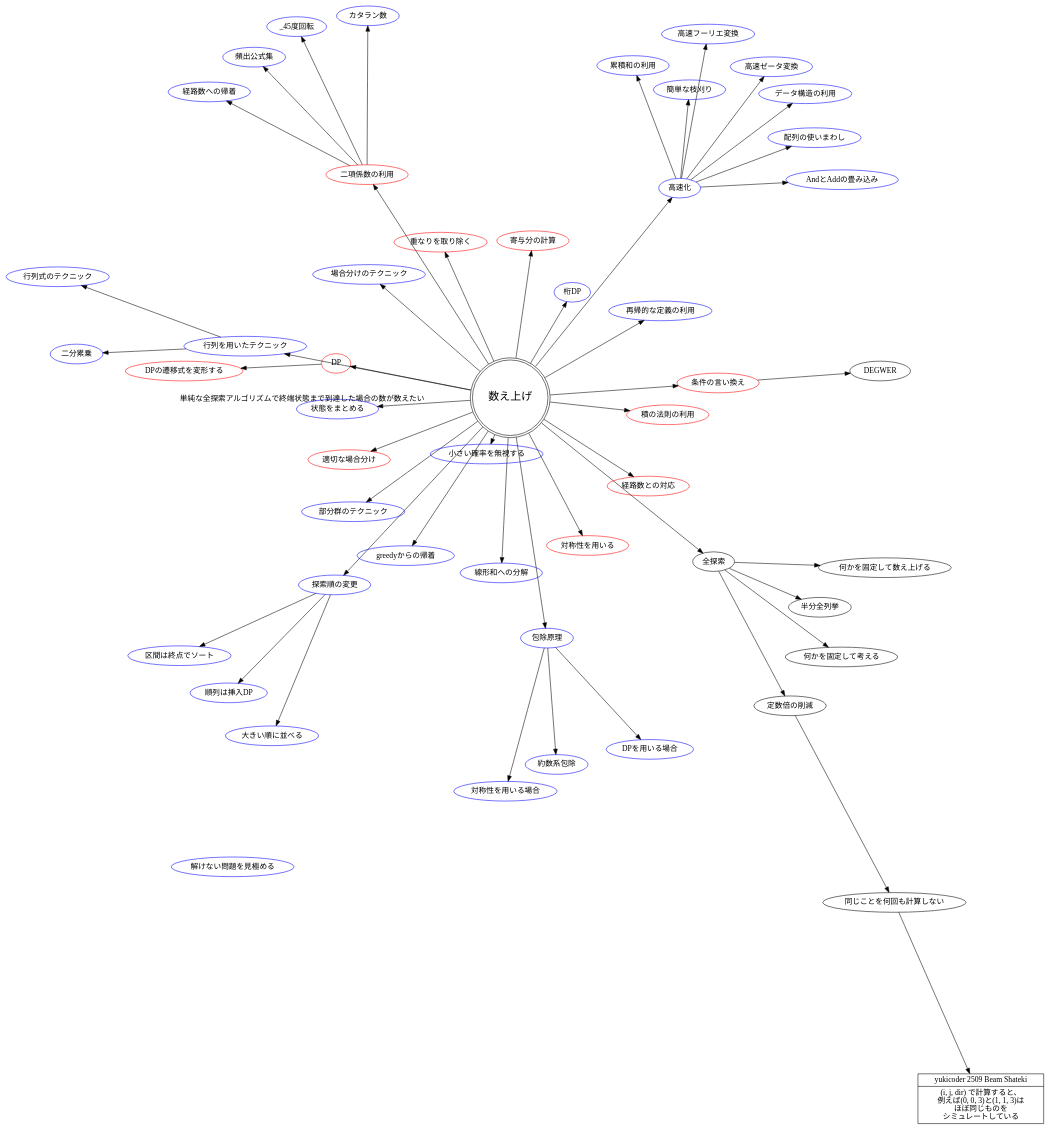
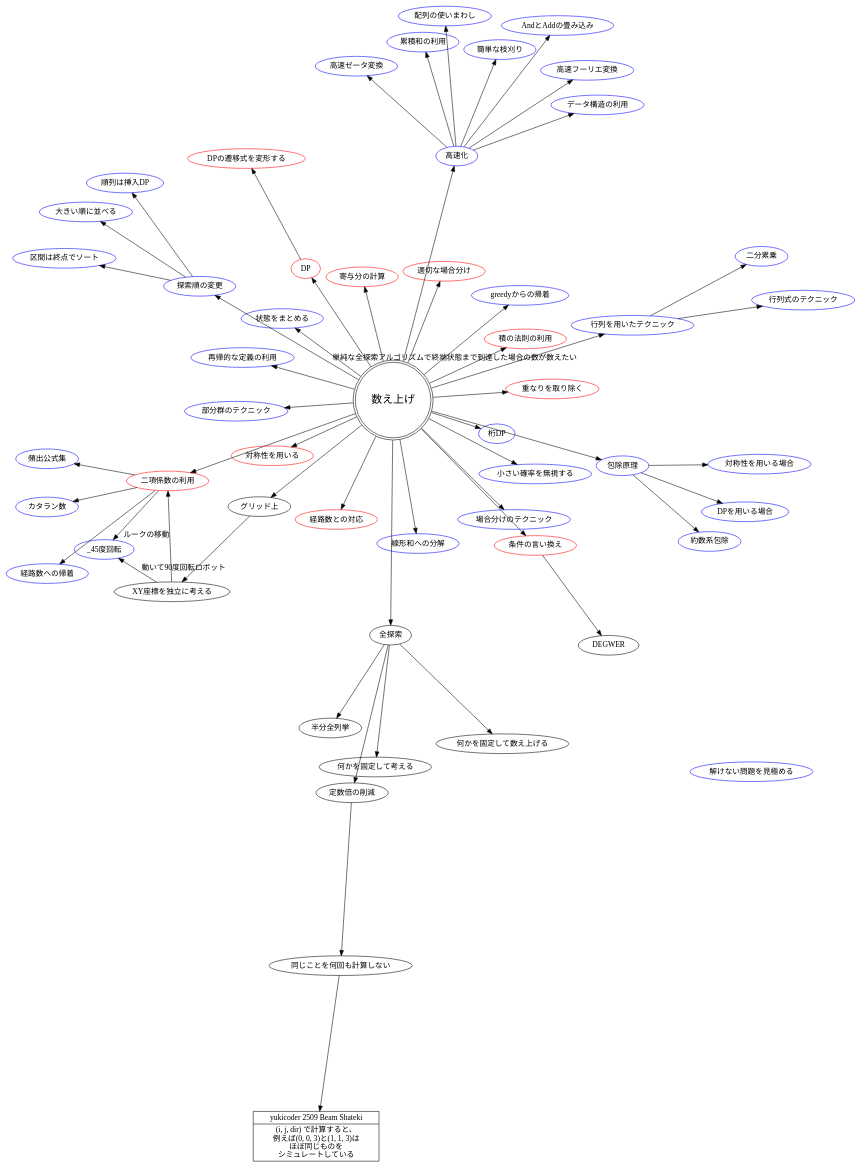
Before and after one commit to Memories-of-Sun-and-Moon/cp_templates: the diagram in __typicals/kazoeage.dot, drawn with Graphviz.

Commit message:
今日といた問題の追加

```diff
--- a/__typicals/kazoeage.dot
+++ b/__typicals/kazoeage.dot
@@ -1,151 +1,157 @@
 // https://qiita.com/rubytomato@github/items/51779135bc4b77c8c20d#%E3%82%B0%E3%83%A9%E3%83%95%E3%81%AE%E5%AE%9A%E7%BE%A9
 // https://graphviz.org/doc/info/shapes.html
 
 // https://github.com/hamko/procon/blob/master/typical.dot
 
 // cluster から始まる subgraph はハイライトができる
 
 // 新しく追加するノードに関しては問題も添えること
 
 // 問題は record
 // で囲む
 
 // red : kazoeage40 で見たけど細分化も例示もできていない
 // blue : degwer で見たけど細分化も例示もできていない
 
 digraph G {
     graph [
         layout = fdp;
     ];
 
     数え上げ [shape = doublecircle, fontsize = 20];
+
+    数え上げ -> グリッド上;
+        グリッド上 -> XY座標を独立に考える;
+        XY座標を独立に考える -> _45度回転[label="動いて90度回転ロボット"];
+        XY座標を独立に考える -> 二項係数の利用[label="ルークの移動"];
+            
 
     数え上げ -> 全探索;
 
     全探索;
     全探索 -> 何かを固定して考える;
     全探索 -> 何かを固定して数え上げる;
     全探索 -> 半分全列挙;
     全探索 -> 定数倍の削減;
         定数倍の削減 -> 同じことを何回も計算しない;
             y2509[shape = "record", label = "{yukicoder 2509 Beam Shateki|(i, j, dir) で計算すると、\n例えば(0, 0, 3)と(1, 1, 3)は\nほぼ同じものを\nシミュレートしている}"];
             同じことを何回も計算しない -> y2509;
     
     積の法則の利用[color = red];
     二項係数の利用[color = red];
     経路数との対応[color = red];
     
     DP[color = red];
 
     寄与分の計算[color = red];
 
     重なりを取り除く[color = red];
     適切な場合分け[color = red];
     条件の言い換え[color = red];
     対称性を用いる[color = red];
 
     DPの遷移式を変形する[color = red];
 
     数え上げ -> 積の法則の利用;
     数え上げ -> 二項係数の利用;
     数え上げ -> 経路数との対応;
     数え上げ -> DP;
     数え上げ -> 寄与分の計算;
     数え上げ -> 重なりを取り除く;
     数え上げ -> 適切な場合分け;
     数え上げ -> 条件の言い換え;
     数え上げ -> 対称性を用いる;
     DP -> DPの遷移式を変形する;
 
     状態をまとめる[color = blue];
     
     数え上げ -> 状態をまとめる [label="単純な全探索アルゴリズムで終端状態まで到達した場合の数が数えたい"];
 
     探索順の変更[color = blue];
         大きい順に並べる[color = blue];
         順列は挿入DP[color = blue];
         区間は終点でソート[color = blue];
 
     数え上げ -> 探索順の変更;
         探索順の変更 -> 大きい順に並べる;
         探索順の変更 -> 順列は挿入DP;
         探索順の変更 -> 区間は終点でソート;
     
     条件の言い換え -> DEGWER;
     
     greedyからの帰着[color = blue];
 
     数え上げ -> greedyからの帰着;
 
     場合分けのテクニック[color = blue];
 
     数え上げ -> 場合分けのテクニック;
 
     線形和への分解[color = blue];
 
     数え上げ -> 線形和への分解;
     
     部分群のテクニック[color = blue];
 
     数え上げ -> 部分群のテクニック;
 
     再帰的な定義の利用[color = blue];
 
     数え上げ -> 再帰的な定義の利用;
 
     桁DP[color = blue];
 
     数え上げ -> 桁DP;
 
     高速化[color = blue];
         累積和の利用[color = blue];
         データ構造の利用[color = blue];
         配列の使いまわし[color = blue];
         高速フーリエ変換[color = blue];
         高速ゼータ変換[color = blue];
         AndとAddの畳み込み[color = blue];
         簡単な枝刈り[color = blue];
 
     数え上げ -> 高速化;
         高速化 -> 累積和の利用;
         高速化 -> データ構造の利用;
         高速化 -> 配列の使いまわし;
         高速化 -> 高速フーリエ変換;
         高速化 -> 高速ゼータ変換;
         高速化 -> AndとAddの畳み込み;
         高速化 -> 簡単な枝刈り;
     
     行列を用いたテクニック[color = blue];
         二分累乗[color = blue];
         行列式のテクニック[color = blue];
 
     数え上げ -> 行列を用いたテクニック;
         行列を用いたテクニック -> 二分累乗;
         行列を用いたテクニック -> 行列式のテクニック;
 
     小さい確率を無視する[color = blue];
 
     数え上げ -> 小さい確率を無視する;
 
     二項係数の利用;
         頻出公式集[color = blue];
         経路数への帰着[color = blue];
         _45度回転[color = blue];
         カタラン数[color = blue];
 
         二項係数の利用 -> 頻出公式集;
         二項係数の利用 -> 経路数への帰着;
         二項係数の利用 -> _45度回転;
         二項係数の利用 -> カタラン数;
 
     包除原理[color = blue];
         対称性を用いる場合[color = blue];
         DPを用いる場合[color = blue];
         約数系包除[color = blue];
     数え上げ -> 包除原理;
         包除原理 -> 対称性を用いる場合;
         包除原理 -> DPを用いる場合;
         包除原理 -> 約数系包除;
 
     解けない問題を見極める[color = blue];
 }
```
